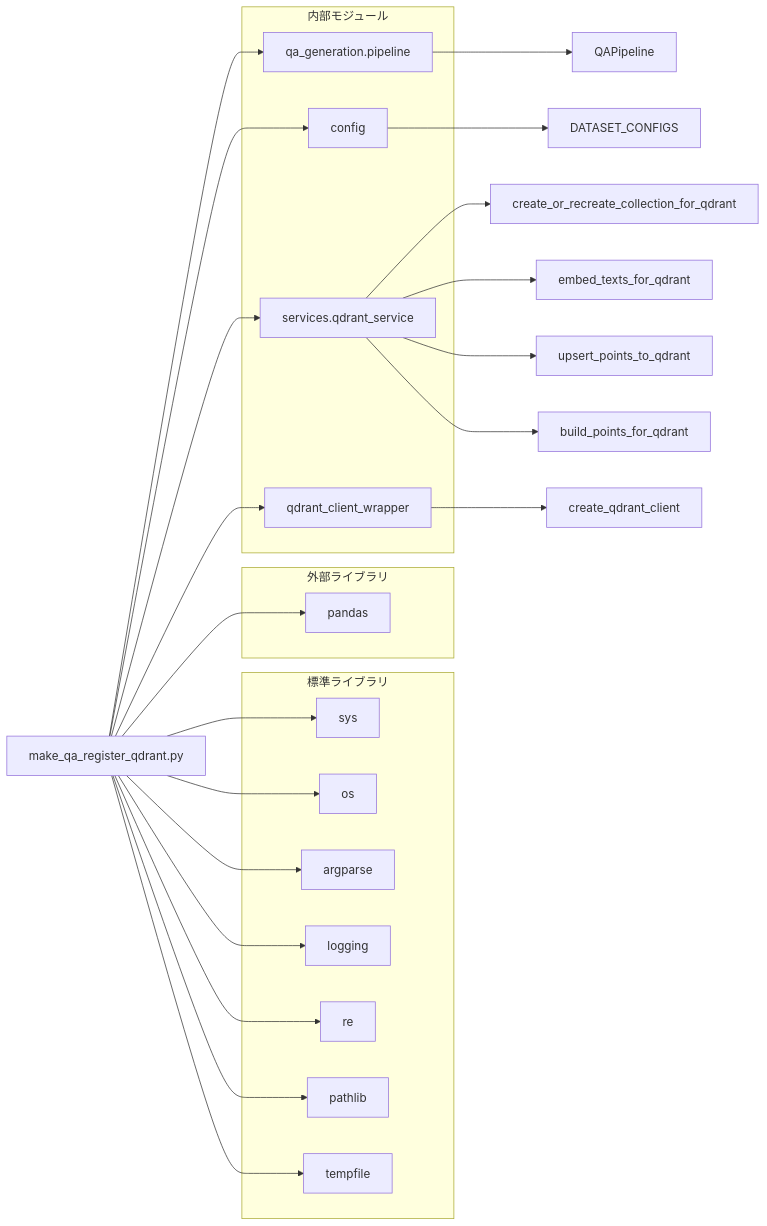
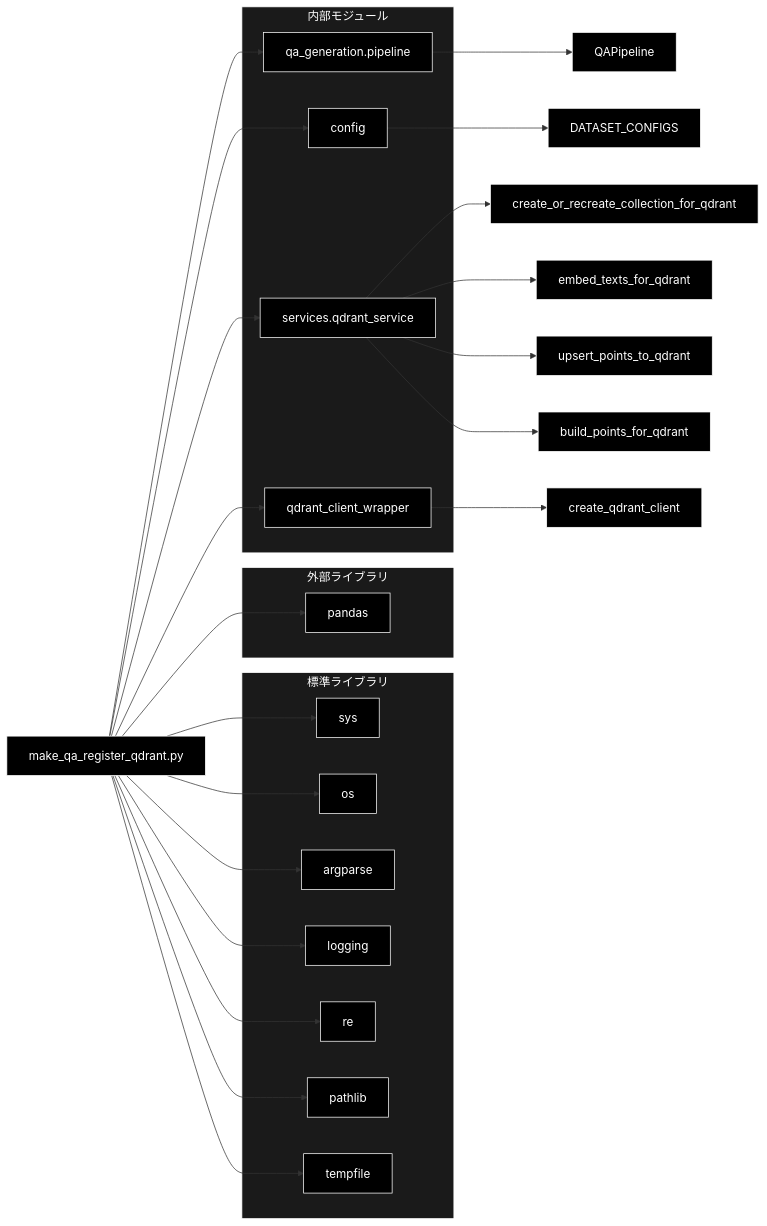
The third of 4 diagrams in qa_qdrant/doc/make_qa_register_qdrant.md (nakashima2toshio/ollama_grace_agent_v2), drawn with Mermaid before and after one commit. The commit also changed other lines of this file and 12 other files, not shown here.

````diff
--- a/qa_qdrant/doc/make_qa_register_qdrant.md
+++ b/qa_qdrant/doc/make_qa_register_qdrant.md
@@ -531,46 +549,52 @@
 ```mermaid
 flowchart LR
     MAIN[make_qa_register_qdrant.py]
 
     subgraph STDLIB["標準ライブラリ"]
         SYS[sys]
         OS[os]
         ARGPARSE[argparse]
         LOGGING[logging]
         RE[re]
         PATHLIB[pathlib]
         TEMPFILE[tempfile]
     end
 
     subgraph EXTERNAL["外部ライブラリ"]
         PANDAS[pandas]
     end
 
     subgraph INTERNAL["内部モジュール"]
         PIPELINE[qa_generation.pipeline]
         CONFIG[config]
         QDRANT_SVC[services.qdrant_service]
         WRAPPER[qdrant_client_wrapper]
     end
 
     MAIN --> SYS
     MAIN --> OS
     MAIN --> ARGPARSE
     MAIN --> LOGGING
     MAIN --> RE
     MAIN --> PATHLIB
     MAIN --> TEMPFILE
     MAIN --> PANDAS
     MAIN --> PIPELINE
     MAIN --> CONFIG
     MAIN --> QDRANT_SVC
     MAIN --> WRAPPER
 
     PIPELINE --> QA_PIPE[QAPipeline]
     CONFIG --> DATASET[DATASET_CONFIGS]
     QDRANT_SVC --> CREATE_COLL[create_or_recreate_collection_for_qdrant]
     QDRANT_SVC --> EMBED[embed_texts_for_qdrant]
     QDRANT_SVC --> UPSERT[upsert_points_to_qdrant]
     QDRANT_SVC --> BUILD[build_points_for_qdrant]
     WRAPPER --> CLIENT[create_qdrant_client]
+classDef default fill:#000,stroke:#fff,color:#fff
+classDef subgraphStyle fill:#1a1a1a,stroke:#fff,color:#fff
+class MAIN,SYS,OS,ARGPARSE,LOGGING,RE,PATHLIB,TEMPFILE,PANDAS,PIPELINE,CONFIG,QDRANT_SVC,WRAPPER,QA_PIPE,DATASET,CREATE_COLL,EMBED,UPSERT,BUILD,CLIENT default
+style STDLIB fill:#1a1a1a,stroke:#fff,color:#fff
+style EXTERNAL fill:#1a1a1a,stroke:#fff,color:#fff
+style INTERNAL fill:#1a1a1a,stroke:#fff,color:#fff
 ```
````
